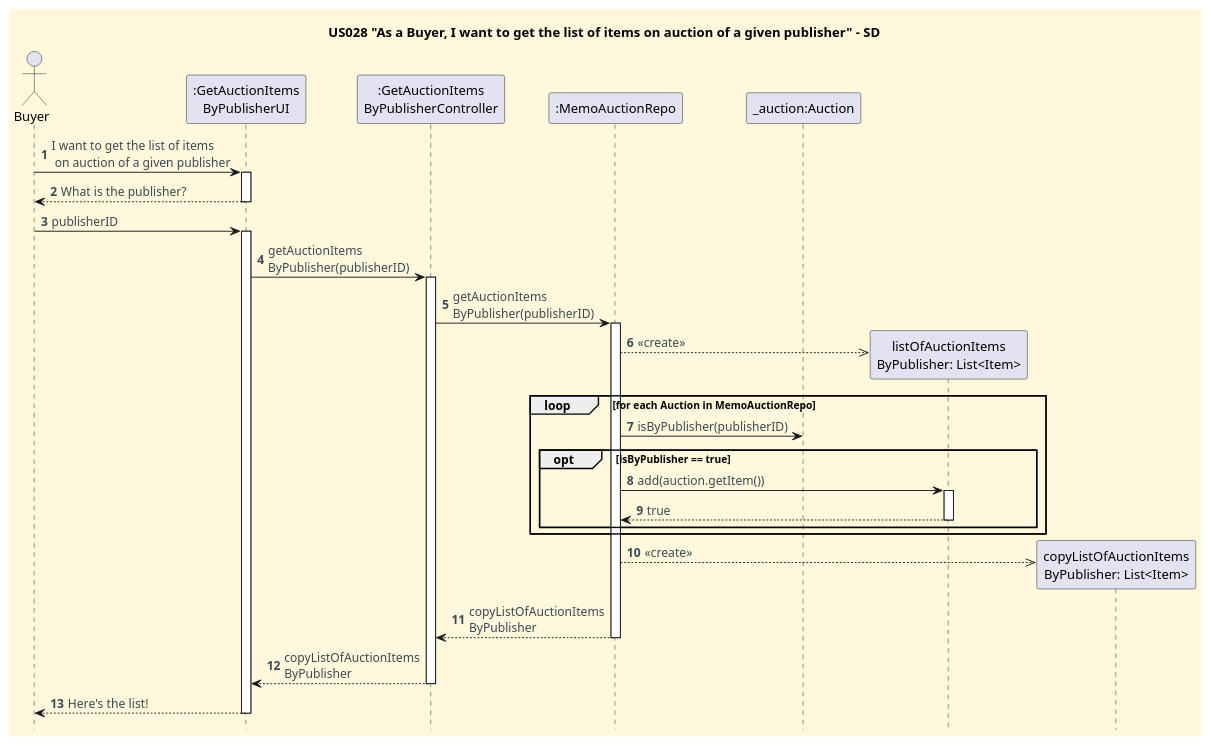
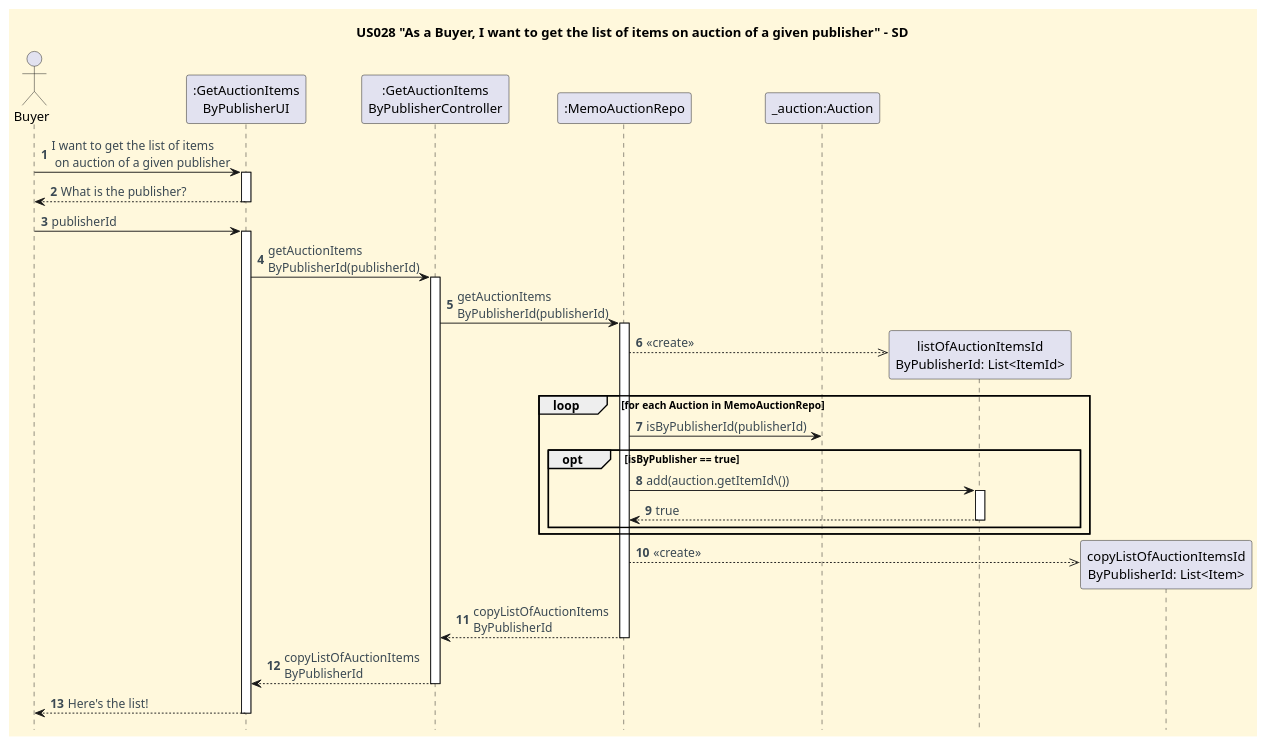
One commit to CarolinaLeite-collab/JavaMarketplacePlatform changed the diagram in docs/user-stories/US028/US028_get_list_of_items_on_auction_of_given_publisher_SD.puml. Above: the diagram before and after it, drawn with PlantUML. The commit also changed 1 other file, not shown here.

```diff
--- a/docs/user-stories/US028/US028_get_list_of_items_on_auction_of_given_publisher_SD.puml
+++ b/docs/user-stories/US028/US028_get_list_of_items_on_auction_of_given_publisher_SD.puml
@@ -1,69 +1,69 @@
 @startuml
 'https://plantuml.com/sequence-diagram
 
 autonumber
 title US028 "As a Buyer, I want to get the list of items on auction of a given publisher" - SD
 
 hidefootbox
 
 '==== basic style ====
 skinparam monochrome false
 skinparam shadowing false
 skinparam defaultFontName Futura
 skinparam objectFontSize 20
 skinparam backgroundColor CornSilk
 skinparam objectBackgroundColor WhiteSmoke
 skinparam noteBackgroundColor #FFFFE0
 skinparam ArrowFontColor #3B4953
 skinparam ActivationBackgroundColor black
 
 autonumber
 autoactivate off
 
 ' --- Actor and participants ---'
 actor Buyer
 participant ":GetAuctionItems\nByPublisherUI" as UI
 participant ":GetAuctionItems\nByPublisherController" as Ctl
 participant ":MemoAuctionRepo" as MemoRepo
 participant "_auction:Auction" as auction
 
 ' --- Initial UI interaction ---'
 Buyer -> UI:  I want to get the list of items\n on auction of a given publisher
 activate UI
 UI --> Buyer: What is the publisher?
 deactivate UI
-Buyer -> UI: publisherID
+Buyer -> UI: publisherId
 activate UI
 
 ' --- Get auction items ---'
-UI -> Ctl: getAuctionItems\nByPublisher(publisherID)
+UI -> Ctl: getAuctionItems\nByPublisherId(publisherId)
 activate Ctl
-Ctl -> MemoRepo: getAuctionItems\nByPublisher(publisherID)
+Ctl -> MemoRepo: getAuctionItems\nByPublisherId(publisherId)
 activate MemoRepo
 
 '--- Loop through items and select by Publisher ---'
-create "listOfAuctionItems\nByPublisher: List<Item>" as List
+create "listOfAuctionItemsId\nByPublisherId: List<ItemId>" as List
 MemoRepo -->> List : <<create>>
 loop for each Auction in MemoAuctionRepo
-     MemoRepo -> auction: isByPublisher(publisherID)
+     MemoRepo -> auction: isByPublisherId(publisherId)
     opt isByPublisher == true
-        MemoRepo -> List: add(auction.getItem())
+        MemoRepo -> List: add(auction.getItemId\())
         activate List
         List --> MemoRepo :true
         Deactivate List
     end
 end
 
 '--- Make a copy of the list of selected items ---'
-create "copyListOfAuctionItems\nByPublisher: List<Item>" as Copy
+create "copyListOfAuctionItemsId\nByPublisherId: List<Item>" as Copy
 MemoRepo -->> Copy : <<create>>
-MemoRepo --> Ctl : copyListOfAuctionItems\nByPublisher
+MemoRepo --> Ctl : copyListOfAuctionItems\nByPublisherId
 deactivate MemoRepo
-Ctl --> UI: copyListOfAuctionItems\nByPublisher
+Ctl --> UI: copyListOfAuctionItems\nByPublisherId
 deactivate Ctl
 
 '--- Response ---'
 UI --> Buyer: Here's the list!
 deactivate UI
 
 @enduml
```
